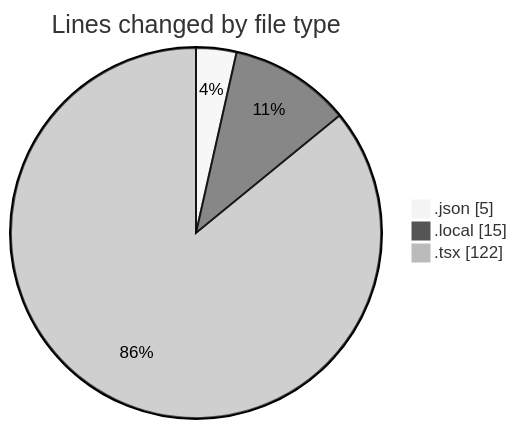
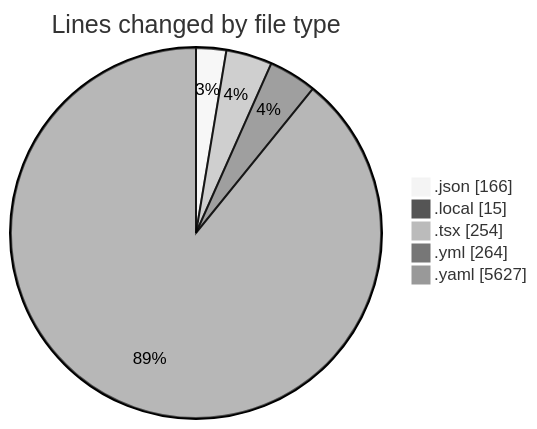
One commit to julien-gomy/code-tracking changed the first of 2 diagrams in 2025-11-05/eventscop-frontend-guide__workspace_/README.md. Above: the diagram before and after it, drawn with Mermaid (neutral theme). The commit also changed other lines of this file and 1 other file, not shown here.

````diff
--- a/2025-11-05/eventscop-frontend-guide__workspace_/README.md
+++ b/2025-11-05/eventscop-frontend-guide__workspace_/README.md
@@ -22,7 +25,9 @@
 ```mermaid
 pie showData
 title Lines changed by file type
-".json" : 5
+".json" : 166
 ".local" : 15
-".tsx" : 122
+".tsx" : 254
+".yml" : 264
+".yaml" : 5627
 ```
````
